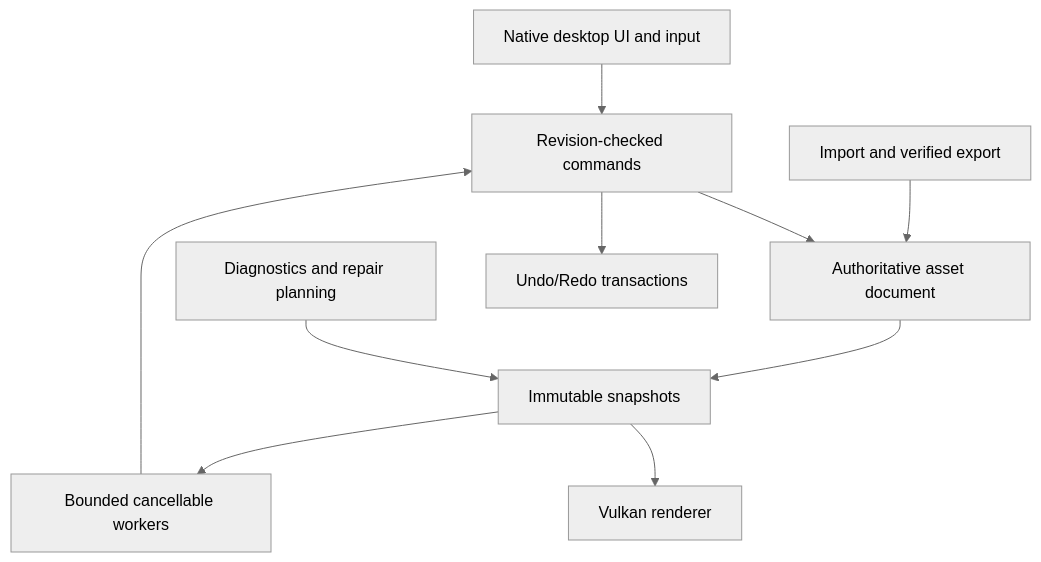
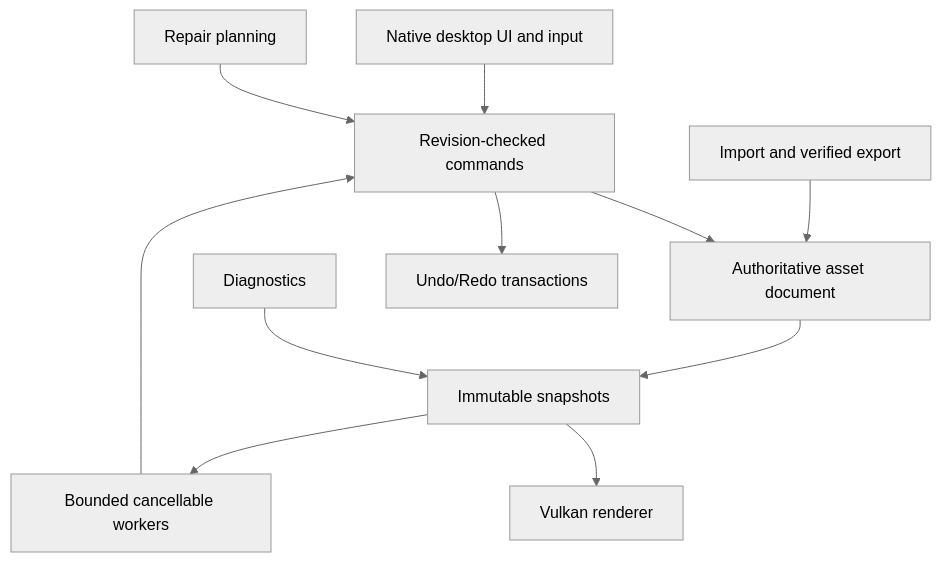
Before and after one commit to ConstantineJJ/Asset-Doctor-RT-PT-2.0: the diagram in docs/ARCHITECTURE.md, drawn with Mermaid (neutral theme). The commit also changed other lines of this file and 8 other files, not shown here.

````diff
--- a/docs/ARCHITECTURE.md
+++ b/docs/ARCHITECTURE.md
@@ -7,12 +7,13 @@
 ```mermaid
 flowchart TD
   UI[Native desktop UI and input] --> Commands[Revision-checked commands]
   Commands --> Document[Authoritative asset document]
   Formats[Import and verified export] --> Document
-  Analysis[Diagnostics and repair planning] --> Snapshot[Immutable snapshots]
+  Analysis[Diagnostics] --> Snapshot[Immutable snapshots]
   Document --> Snapshot
   Snapshot --> GPU[Vulkan renderer]
   Snapshot --> Jobs[Bounded cancellable workers]
   Jobs --> Commands
   Commands --> History[Undo/Redo transactions]
+  Heal[Repair planning] --> Commands
 ```
````
